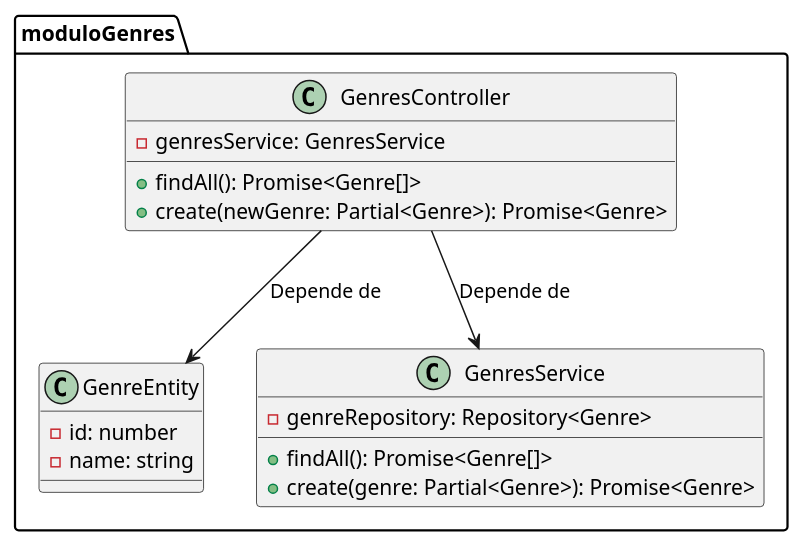
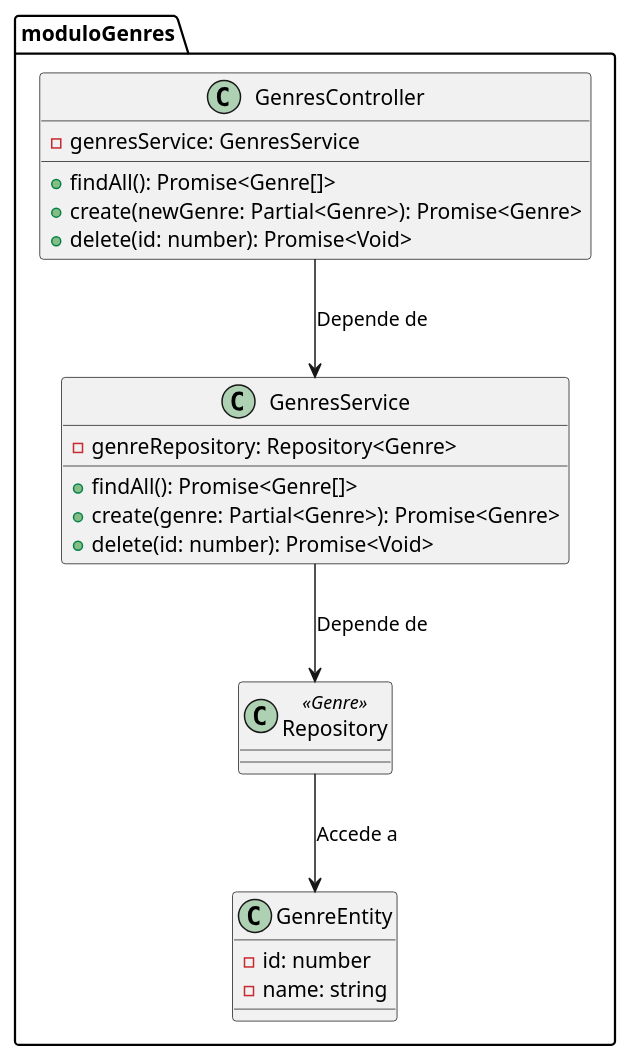
The diagram in documentacion/Diagrama de Clases/genres/genres.puml (LucasFrey-tech/Biblioteca), drawn with PlantUML before and after one commit. The commit also changed 18 other files, not shown here.

Commit message:
Diagramas

```diff
--- a/documentacion/Diagrama de Clases/genres/genres.puml
+++ b/documentacion/Diagrama de Clases/genres/genres.puml
@@ -1,28 +1,34 @@
 @startuml
 package moduloGenres {
     class  GenreEntity {
         - id: number
         - name: string
     }
 
     class GenresService {
         - genreRepository: Repository<Genre>
 
         + findAll(): Promise<Genre[]>
         + create(genre: Partial<Genre>): Promise<Genre>
+        + delete(id: number): Promise<Void>
     }
 
     class GenresController {
         - genresService: GenresService
 
         + findAll(): Promise<Genre[]>
         + create(newGenre: Partial<Genre>): Promise<Genre>
+        + delete(id: number): Promise<Void>
+    }
+
+    class Repository<<Genre>> {
+
     }
 
 }
 
 ' Relaciones
-GenresController --> GenreEntity : Depende de
 GenresController --> GenresService : Depende de
-
+GenresService --> Repository : Depende de
+Repository --> GenreEntity : Accede a
 @enduml
```
